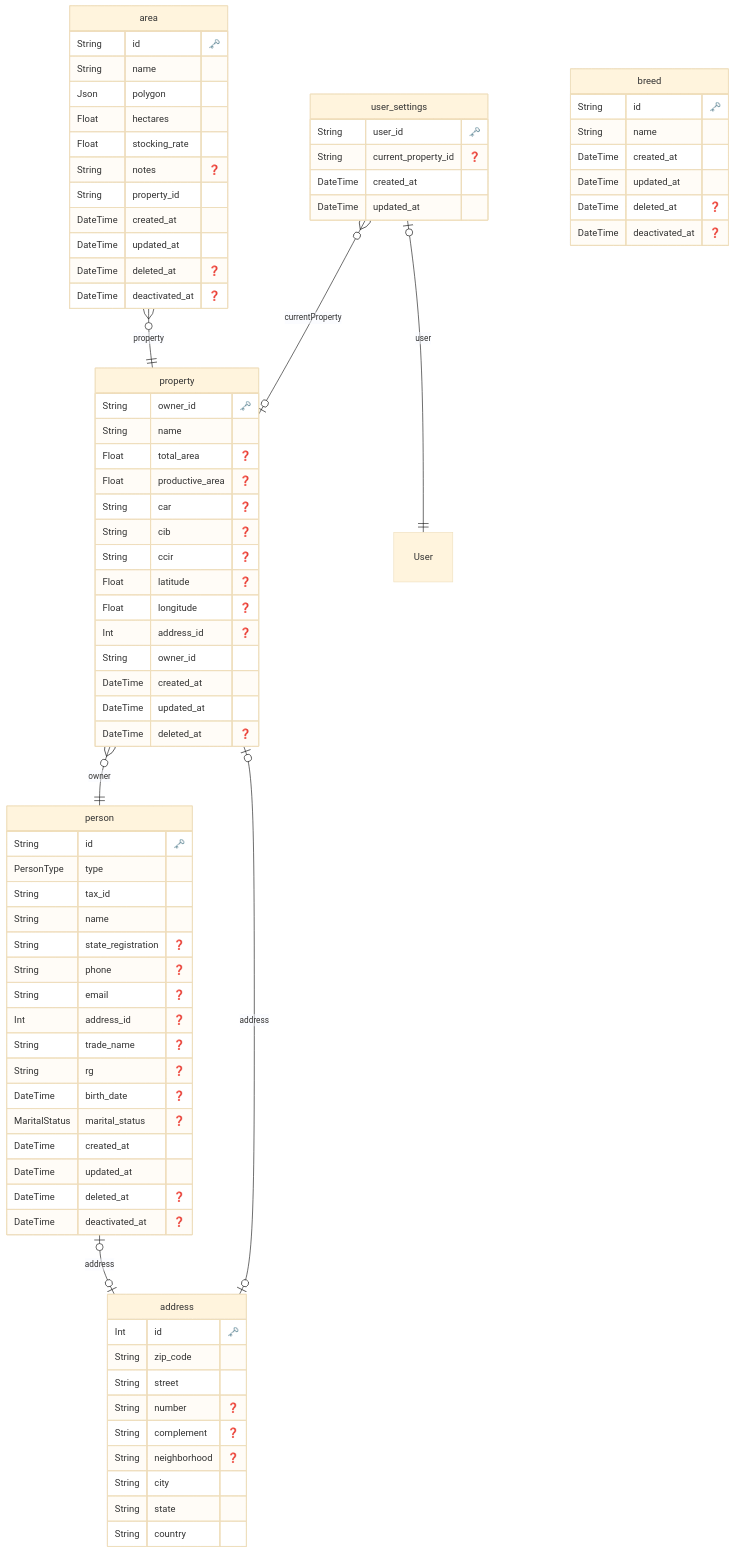
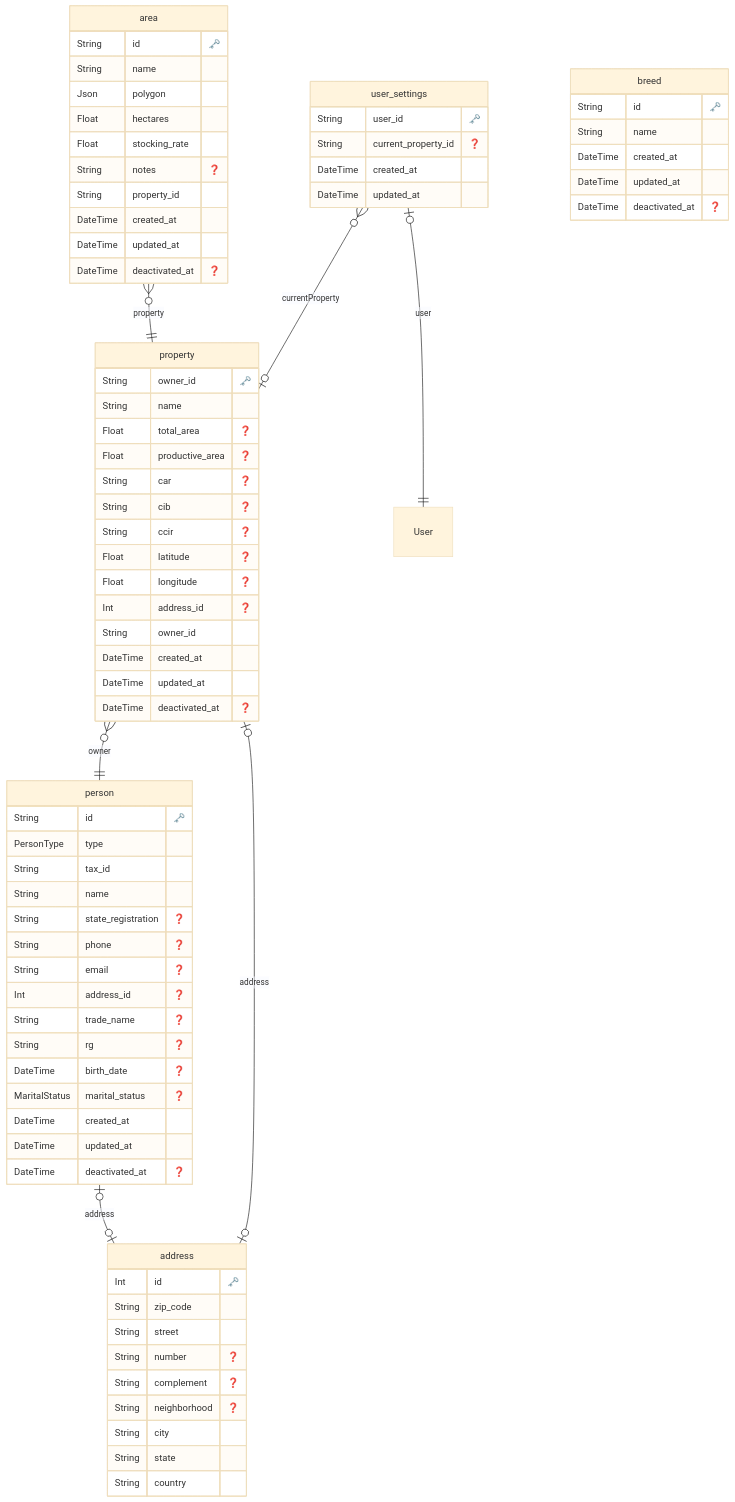
Before and after one commit to FelipeMzero/ifarm-preview: the diagram in docs/ERD.md, drawn with Mermaid (base theme). The commit also changed 24 other files, not shown here.

```diff
--- a/docs/ERD.md
+++ b/docs/ERD.md
@@ -29,7 +29,6 @@
     MaritalStatus marital_status "❓"
     DateTime created_at 
     DateTime updated_at 
-    DateTime deleted_at "❓"
     DateTime deactivated_at "❓"
     }
   
@@ -48,7 +47,7 @@
     String owner_id 
     DateTime created_at 
     DateTime updated_at 
-    DateTime deleted_at "❓"
+    DateTime deactivated_at "❓"
     }
   
 
@@ -62,7 +61,6 @@
     String property_id 
     DateTime created_at 
     DateTime updated_at 
-    DateTime deleted_at "❓"
     DateTime deactivated_at "❓"
     }
   
@@ -80,7 +78,6 @@
     String name 
     DateTime created_at 
     DateTime updated_at 
-    DateTime deleted_at "❓"
     DateTime deactivated_at "❓"
     }
   
```
